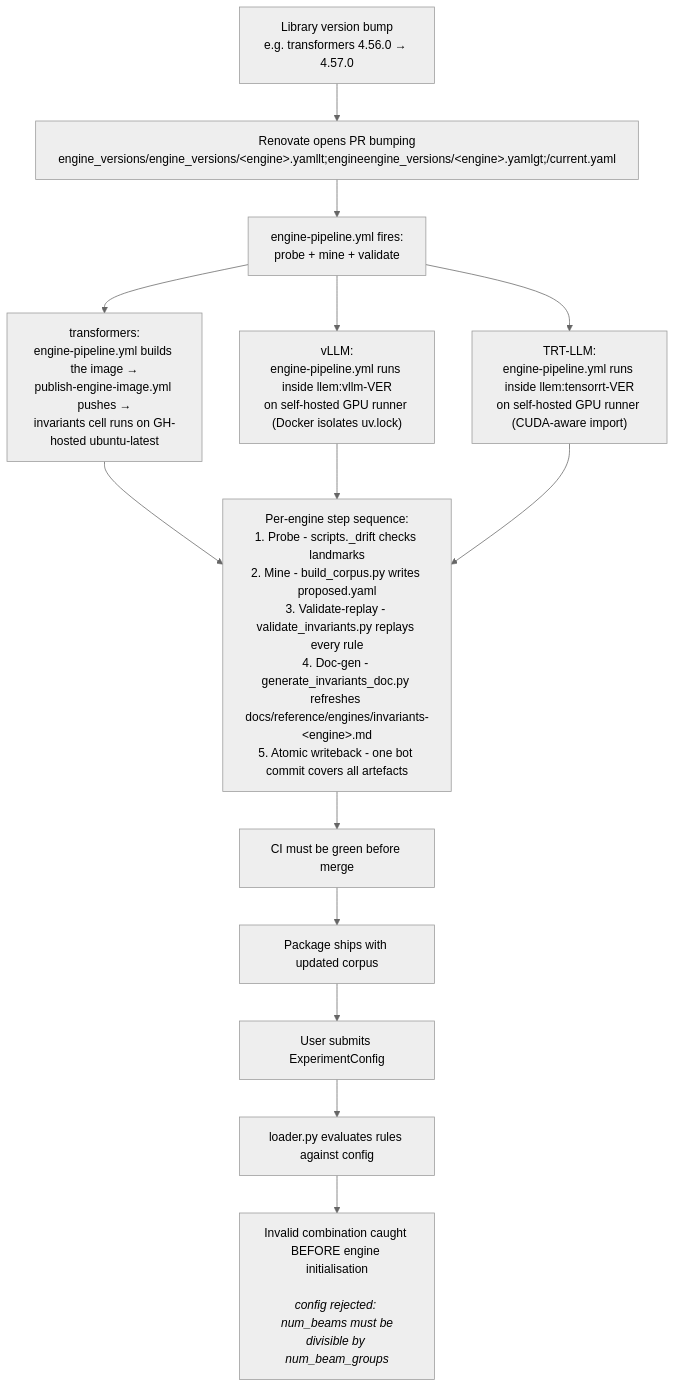
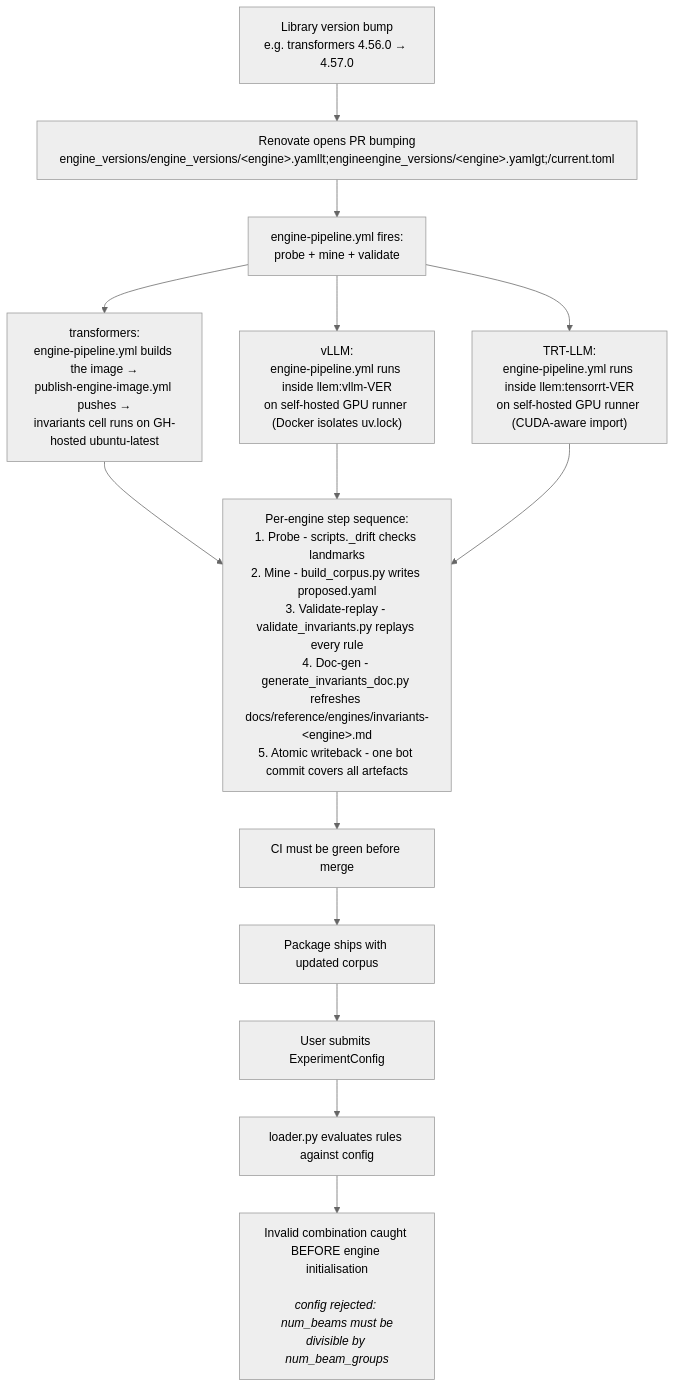
One commit to henrycgbaker/LLenergyMeasure changed the third of 3 diagrams in docs/explanation/architecture/architecture-overview.md. Above: the diagram before and after it, drawn with Mermaid (neutral theme). The commit also changed 41 other files, not shown here.

Commit message:
feat(producers): migrate current.yaml -> current.toml for strict typing

````diff
--- a/docs/explanation/architecture/architecture-overview.md
+++ b/docs/explanation/architecture/architecture-overview.md
@@ -105,20 +105,20 @@
 ```mermaid
 flowchart TB
     bump[Library version bump<br/>e.g. transformers 4.56.0 → 4.57.0]
-    renovate[Renovate opens PR bumping<br/>engine_versions/engine_versions/&lt;engine&gt;.yamllt;engineengine_versions/&lt;engine&gt;.yamlgt;/current.yaml]
+    renovate[Renovate opens PR bumping<br/>engine_versions/engine_versions/&lt;engine&gt;.yamllt;engineengine_versions/&lt;engine&gt;.yamlgt;/current.toml]
     pipeline[engine-pipeline.yml fires:<br/>probe + mine + validate]
 
     bump --> renovate --> pipeline
 
     pipeline --> tf["transformers:<br/>engine-pipeline.yml builds the image →<br/>publish-engine-image.yml pushes →<br/>invariants cell runs on GH-hosted ubuntu-latest"]
     pipeline --> vllm["vLLM:<br/>engine-pipeline.yml runs inside llem:vllm-VER<br/>on self-hosted GPU runner (Docker isolates uv.lock)"]
     pipeline --> trt["TRT-LLM:<br/>engine-pipeline.yml runs inside llem:tensorrt-VER<br/>on self-hosted GPU runner (CUDA-aware import)"]
 
     tf & vllm & trt --> steps["Per-engine step sequence:<br/>1. Probe - scripts._drift checks landmarks<br/>2. Mine - build_corpus.py writes proposed.yaml<br/>3. Validate-replay - validate_invariants.py replays every rule<br/>4. Doc-gen - generate_invariants_doc.py refreshes docs/reference/engines/invariants-&lt;engine&gt;.md<br/>5. Atomic writeback - one bot commit covers all artefacts"]
 
     steps --> green[CI must be green before merge]
     green --> ship[Package ships with updated corpus]
     ship --> submit[User submits ExperimentConfig]
     submit --> evaluate[loader.py evaluates rules against config]
     evaluate --> caught["Invalid combination caught BEFORE engine initialisation<br/><br/><i>config rejected: num_beams must be<br/>divisible by num_beam_groups</i>"]
 ```
````
